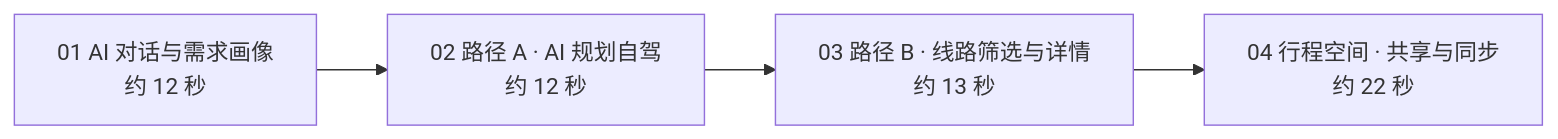
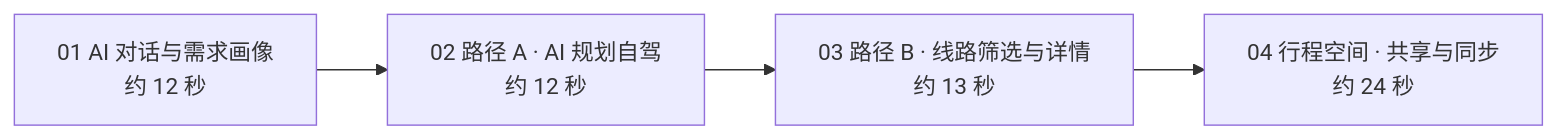
One commit to JohnMaxwell0123/TripCraft changed the third of 6 diagrams in docs/SHOWCASE-web-design.md. Above: the diagram before and after it, drawn with Mermaid. The commit also changed other lines of this file and 7 other files, not shown here.

````diff
--- a/docs/SHOWCASE-web-design.md
+++ b/docs/SHOWCASE-web-design.md
@@ -234,4 +239,4 @@
 ```mermaid
 flowchart LR
-    S1["01 AI 对话与需求画像<br/>约 12 秒"] --> S2["02 路径 A · AI 规划自驾<br/>约 12 秒"] --> S3["03 路径 B · 线路筛选与详情<br/>约 13 秒"] --> S4["04 行程空间 · 共享与同步<br/>约 22 秒"]
+    S1["01 AI 对话与需求画像<br/>约 12 秒"] --> S2["02 路径 A · AI 规划自驾<br/>约 12 秒"] --> S3["03 路径 B · 线路筛选与详情<br/>约 13 秒"] --> S4["04 行程空间 · 共享与同步<br/>约 24 秒"]
 ```
````
